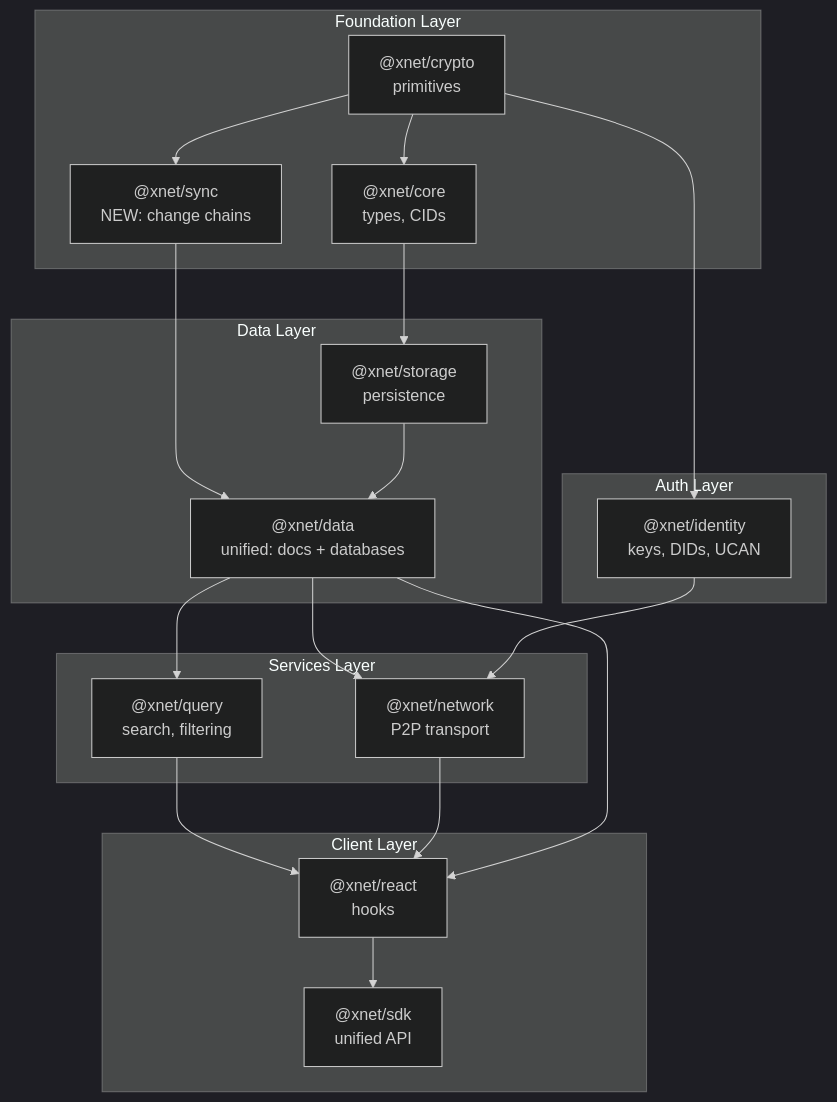
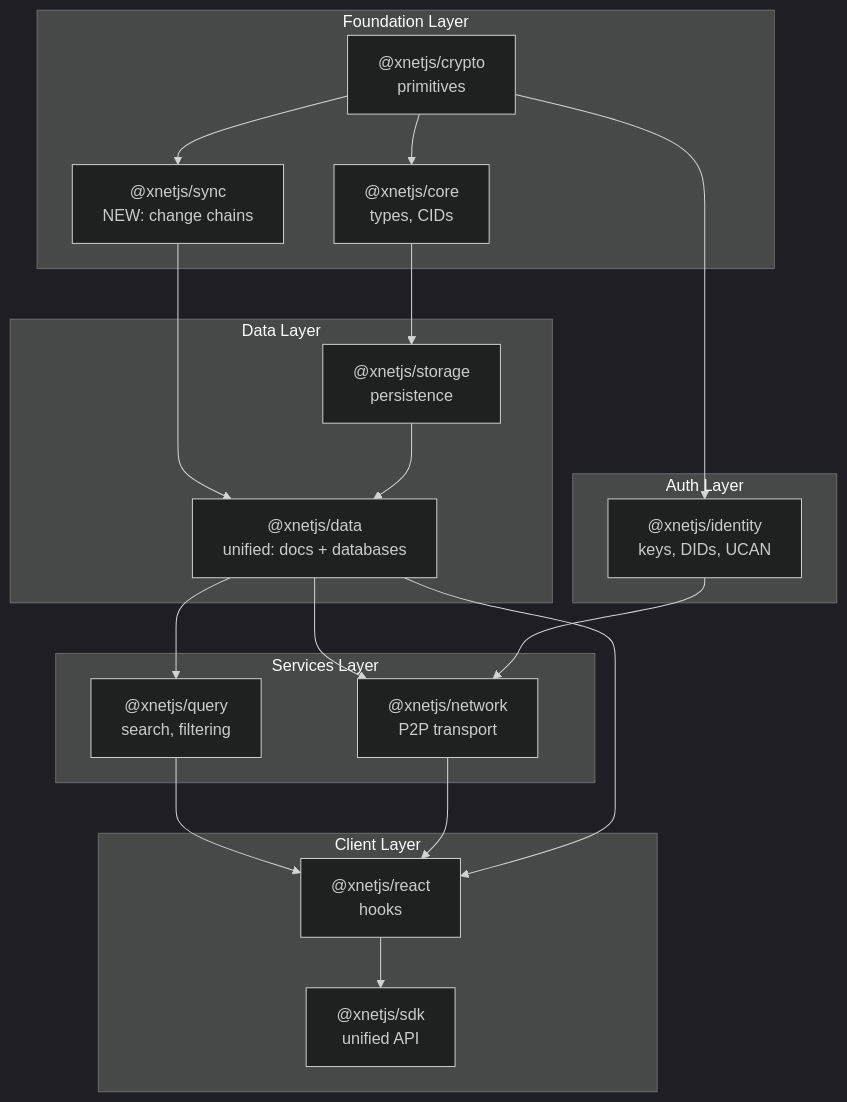
One commit to crs48/xNet changed the seventh of 8 diagrams in docs/explorations/0019_[x]_CODEBASE_REVIEW.md. Above: the diagram before and after it, drawn with Mermaid (dark theme). The commit also changed other lines of this file and 980 other files, not shown here.

````diff
--- a/docs/explorations/0019_[x]_CODEBASE_REVIEW.md
+++ b/docs/explorations/0019_[x]_CODEBASE_REVIEW.md
@@ -483,41 +483,41 @@
 ```mermaid
 flowchart TD
     subgraph Foundation["Foundation Layer"]
-        CRYPTO["@xnet/crypto<br/>primitives"]
-        CORE["@xnet/core<br/>types, CIDs"]
-        SYNC["@xnet/sync<br/>NEW: change chains"]
+        CRYPTO["@xnetjs/crypto<br/>primitives"]
+        CORE["@xnetjs/core<br/>types, CIDs"]
+        SYNC["@xnetjs/sync<br/>NEW: change chains"]
     end
 
     subgraph Auth["Auth Layer"]
-        IDENTITY["@xnet/identity<br/>keys, DIDs, UCAN"]
+        IDENTITY["@xnetjs/identity<br/>keys, DIDs, UCAN"]
     end
 
     subgraph DataLayer["Data Layer"]
-        STORAGE["@xnet/storage<br/>persistence"]
-        DATA["@xnet/data<br/>unified: docs + databases"]
+        STORAGE["@xnetjs/storage<br/>persistence"]
+        DATA["@xnetjs/data<br/>unified: docs + databases"]
     end
 
     subgraph Services["Services Layer"]
-        QUERY["@xnet/query<br/>search, filtering"]
-        NETWORK["@xnet/network<br/>P2P transport"]
+        QUERY["@xnetjs/query<br/>search, filtering"]
+        NETWORK["@xnetjs/network<br/>P2P transport"]
     end
 
     subgraph Client["Client Layer"]
-        REACT["@xnet/react<br/>hooks"]
-        SDK["@xnet/sdk<br/>unified API"]
+        REACT["@xnetjs/react<br/>hooks"]
+        SDK["@xnetjs/sdk<br/>unified API"]
     end
 
     CRYPTO --> CORE
     CRYPTO --> SYNC
     CRYPTO --> IDENTITY
     CORE --> STORAGE
     SYNC --> DATA
     STORAGE --> DATA
     DATA --> QUERY
     DATA --> NETWORK
     IDENTITY --> NETWORK
     QUERY --> REACT
     NETWORK --> REACT
     DATA --> REACT
     REACT --> SDK
 ```
````
